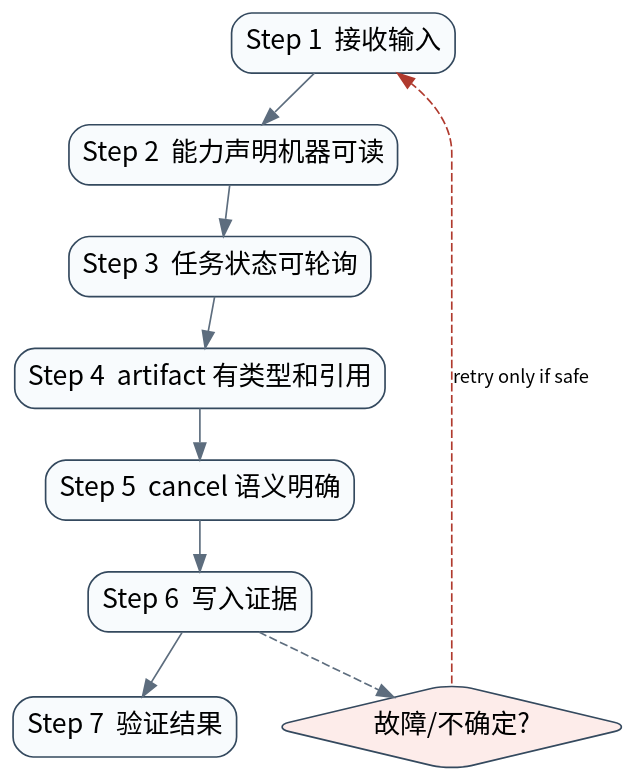
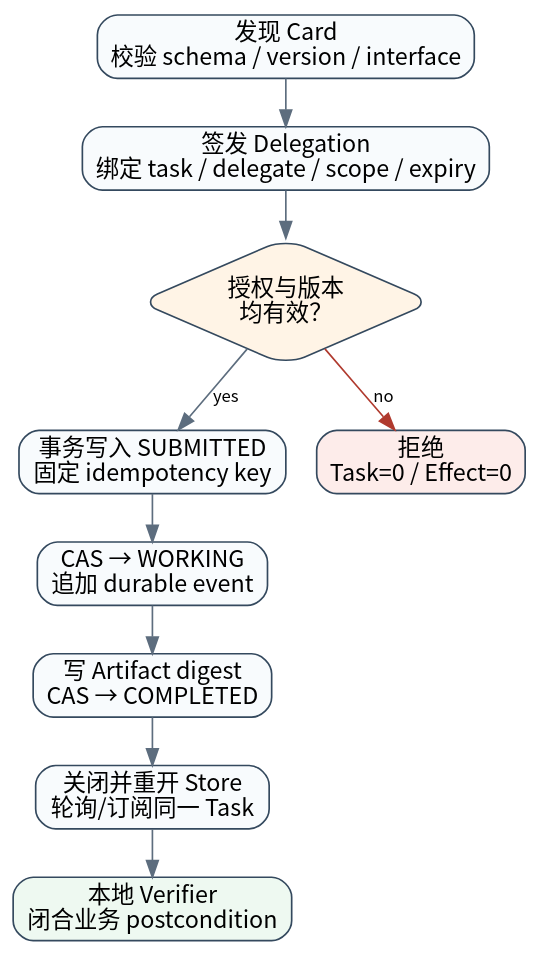
The diagram in book/assets/diagrams/27-a2a-flow.dot (william-lbn/aiagentsystem), drawn with Graphviz before and after one commit. The commit also changed 227 other files, not shown here.

```diff
--- a/book/assets/diagrams/27-a2a-flow.dot
+++ b/book/assets/diagrams/27-a2a-flow.dot
@@ -1,21 +1,22 @@
 digraph G {
-graph [rankdir=TB,bgcolor="transparent",pad="0.15",nodesep="0.28",ranksep="0.42"];
-node [shape=box,style="rounded,filled",fontname="Noto Sans CJK SC",fontsize=16,color="#34495e",fillcolor="#f8fbfd"];
-edge [fontname="Noto Sans CJK SC",fontsize=11,color="#5d6d7e"];
-s0 [label="Step 1  接收输入"];
-s1 [label="Step 2  能力声明机器可读"];
-s2 [label="Step 3  任务状态可轮询"];
-s3 [label="Step 4  artifact 有类型和引用"];
-s4 [label="Step 5  cancel 语义明确"];
-s5 [label="Step 6  写入证据"];
-s6 [label="Step 7  验证结果"];
-s0->s1;
-s1->s2;
-s2->s3;
-s3->s4;
-s4->s5;
-s5->s6;
-fail [shape=diamond,label="故障/不确定?",fillcolor="#fdecea"];
-s5->fail [style=dashed];
-fail->s0 [label="retry only if safe",style=dashed,color="#b03a2e"];
+graph [rankdir=TB,bgcolor="transparent",pad="0.15",nodesep="0.25",ranksep="0.38"];
+node [shape=box,style="rounded,filled",fontname="Noto Sans CJK SC",fontsize=14,color="#34495e",fillcolor="#f8fbfd"];
+edge [fontname="Noto Sans CJK SC",fontsize=10,color="#5d6d7e"];
+discover [label="发现 Card\n校验 schema / version / interface"];
+grant [label="签发 Delegation\n绑定 task / delegate / scope / expiry"];
+gate [shape=diamond,label="授权与版本\n均有效？",fillcolor="#fff4e6"];
+submit [label="事务写入 SUBMITTED\n固定 idempotency key"];
+working [label="CAS → WORKING\n追加 durable event"];
+complete [label="写 Artifact digest\nCAS → COMPLETED"];
+recover [label="关闭并重开 Store\n轮询/订阅同一 Task"];
+reject [label="拒绝\nTask=0 / Effect=0",fillcolor="#fdecea"];
+verify [label="本地 Verifier\n闭合业务 postcondition",fillcolor="#eef9f1"];
+discover->grant;
+grant->gate;
+gate->submit [label="yes"];
+gate->reject [label="no",color="#b03a2e"];
+submit->working;
+working->complete;
+complete->recover;
+recover->verify;
 }
```
